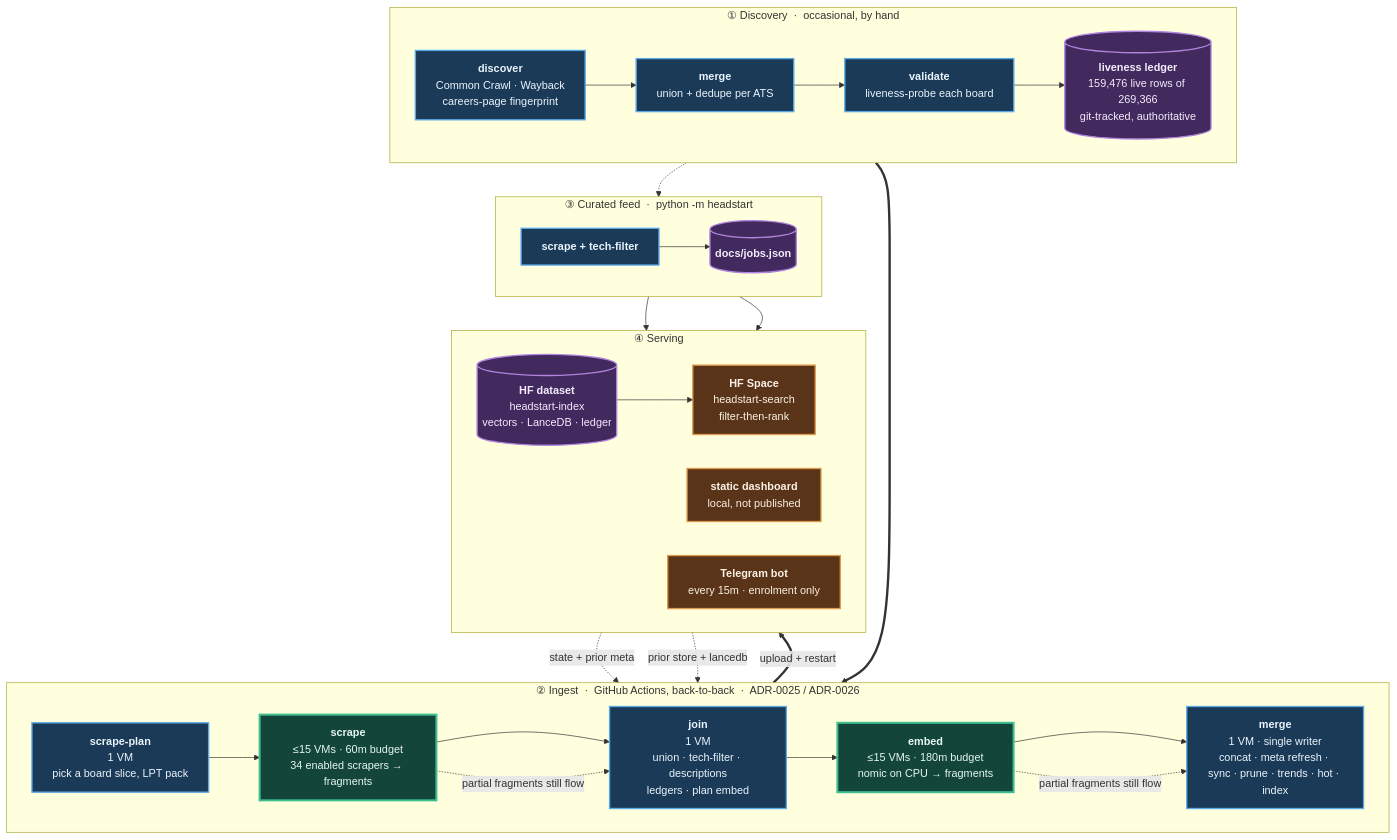
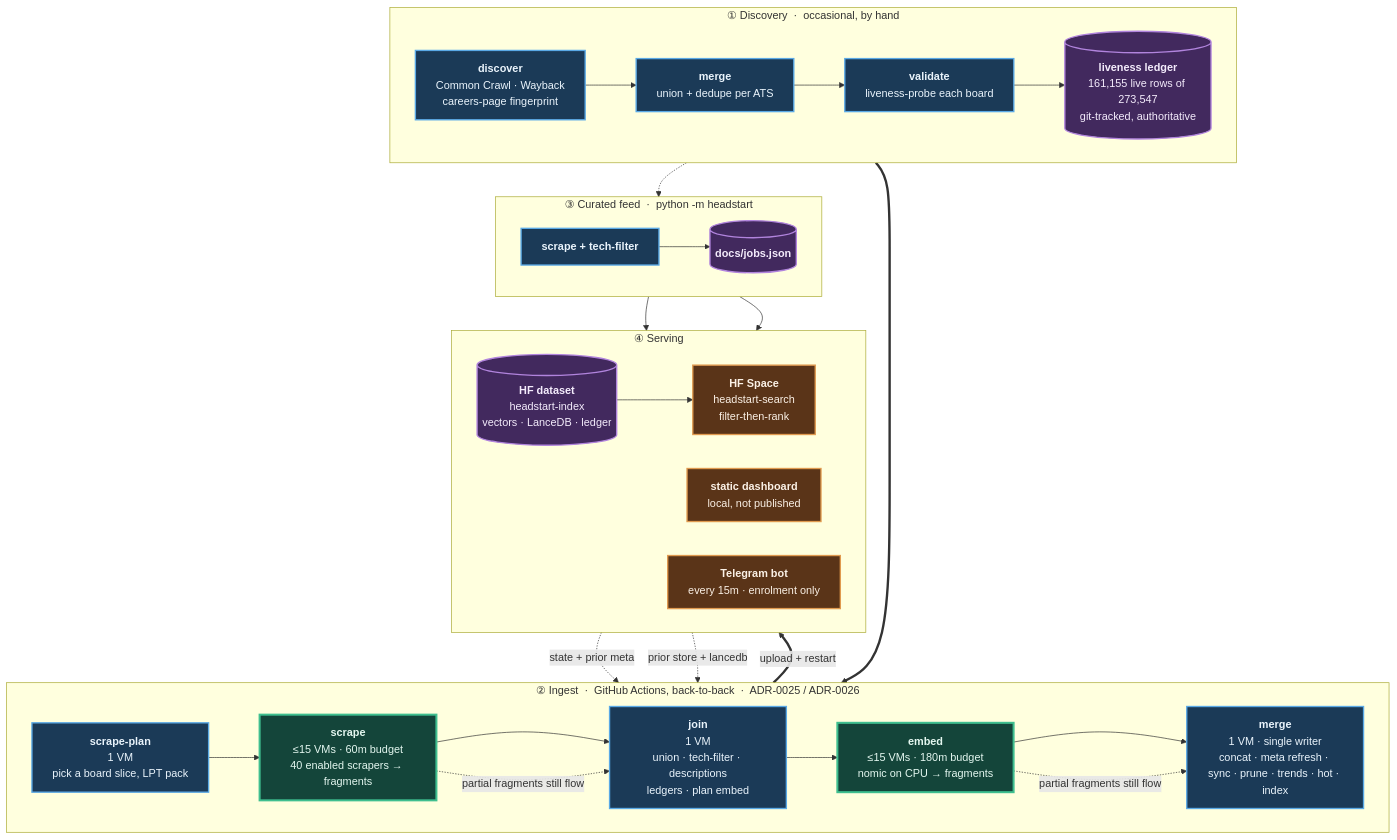
Before and after one commit to sarthakjain004/headstart: the diagram in README.md, drawn with Mermaid. The commit also changed other lines of this file and 26 other files, not shown here.

````diff
--- a/README.md
+++ b/README.md
@@ -171,56 +171,56 @@
 ```mermaid
 flowchart TB
     subgraph D["① Discovery &nbsp;·&nbsp; occasional, by hand"]
         direction LR
         D1["<b>discover</b><br/>Common Crawl · Wayback<br/>careers-page fingerprint"]
         D2["<b>merge</b><br/>union + dedupe per ATS"]
         D3["<b>validate</b><br/>liveness-probe each board"]
-        D4[("<b>liveness ledger</b><br/>159,476 live rows of 269,366<br/>git-tracked, authoritative")]
+        D4[("<b>liveness ledger</b><br/>161,155 live rows of 273,547<br/>git-tracked, authoritative")]
         D1 --> D2 --> D3 --> D4
     end
 
     subgraph P["② Ingest &nbsp;·&nbsp; GitHub Actions, back-to-back &nbsp;·&nbsp; ADR-0025 / ADR-0026"]
         direction LR
         P1["<b>scrape-plan</b><br/>1 VM<br/>pick a board slice, LPT pack"]
-        P2["<b>scrape</b><br/>≤15 VMs · 60m budget<br/>34 enabled scrapers → fragments"]
+        P2["<b>scrape</b><br/>≤15 VMs · 60m budget<br/>40 enabled scrapers → fragments"]
         P3["<b>join</b><br/>1 VM<br/>union · tech-filter · descriptions<br/>ledgers · plan embed"]
         P4["<b>embed</b><br/>≤15 VMs · 180m budget<br/>nomic on CPU → fragments"]
         P5["<b>merge</b><br/>1 VM · single writer<br/>concat · meta refresh · sync · prune · trends · hot · index"]
         P1 --> P2 --> P3 --> P4 --> P5
     end
 
     subgraph F["③ Curated feed &nbsp;·&nbsp; python -m headstart"]
         direction LR
         F1["<b>scrape + tech-filter</b>"]
         F2[("<b>docs/jobs.json</b>")]
         F1 --> F2
     end
 
     subgraph S["④ Serving"]
         direction LR
         S1[("<b>HF dataset</b><br/>headstart-index<br/>vectors · LanceDB · ledger")]
         S2["<b>HF Space</b><br/>headstart-search<br/>filter-then-rank"]
         S3["<b>static dashboard</b><br/>local, not published"]
         S4["<b>Telegram bot</b><br/>every 15m · enrolment only"]
         S1 --> S2
     end
 
     D4 ==> P1
     S1 -. "state + prior meta" .-> P1
     S1 -. "prior store + lancedb" .-> P5
     D4 -.-> F1
     P5 ==>|"upload + restart"| S1
     F2 --> S3
     F2 --> S4
     P2 -. "partial fragments still flow" .-> P3
     P4 -. "partial fragments still flow" .-> P5
 
     classDef serial fill:#1b3a57,stroke:#5aa9e6,stroke-width:2px,color:#eaf4fc
     classDef fan fill:#14453a,stroke:#3fbf8f,stroke-width:3px,color:#e4f7f0
     classDef store fill:#42295e,stroke:#b184dd,stroke-width:2px,color:#f4ecfc
     classDef serve fill:#5a3418,stroke:#e09a4f,stroke-width:2px,color:#fbf1e6
     class D1,D2,D3,P1,P3,P5,F1 serial
     class P2,P4 fan
     class D4,F2,S1 store
     class S2,S3,S4 serve
 ```
````
